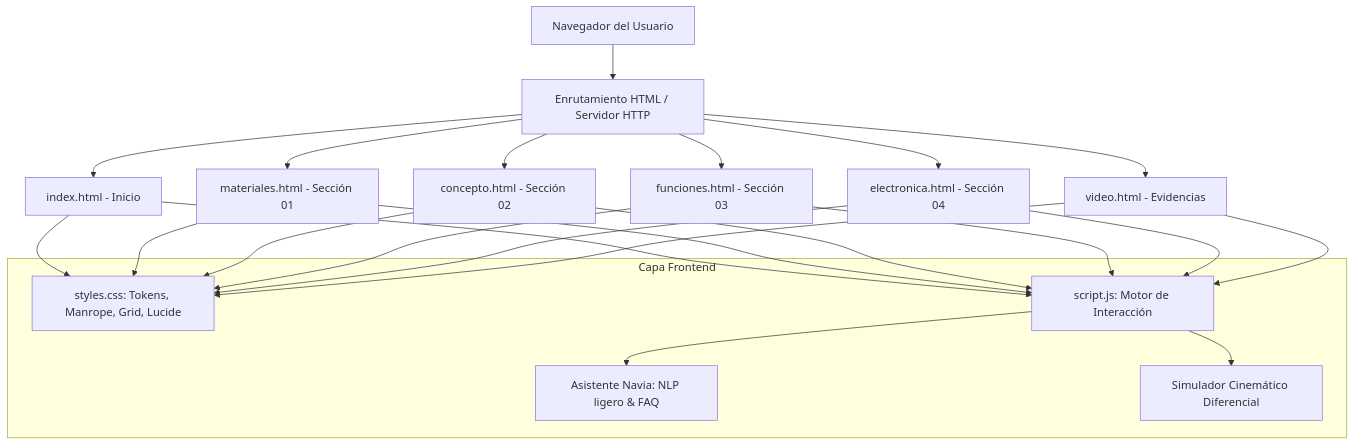
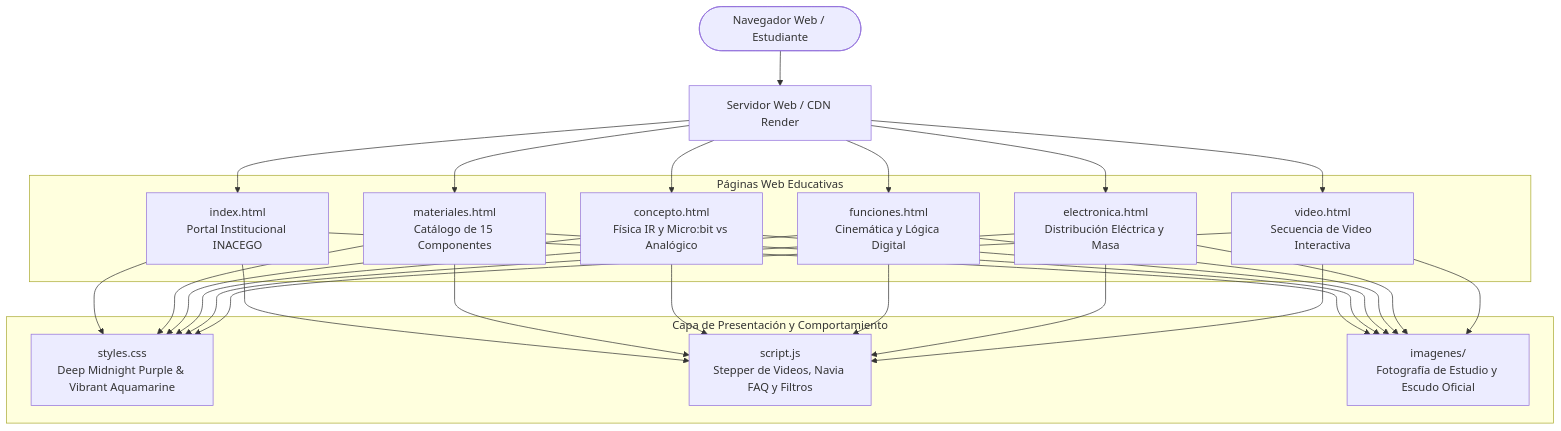
One commit to Stellel-One/Mi-Primer-Robot changed the second of 2 diagrams in README.md. Above: the diagram before and after it, drawn with Mermaid. The commit also changed other lines of this file and 7 other files, not shown here.

Commit message:
docs: update README with INACEGO identity and microbit architecture, clean obsolete files

````diff
--- a/README.md
+++ b/README.md
@@ -30,22 +196,24 @@
 ```mermaid
 graph TD
-    Client[Navegador del Usuario] --> Router[Enrutamiento HTML / Servidor HTTP]
-    Router --> P0[index.html - Inicio]
-    Router --> P1[materiales.html - Sección 01]
-    Router --> P2[concepto.html - Sección 02]
-    Router --> P3[funciones.html - Sección 03]
-    Router --> P4[electronica.html - Sección 04]
-    Router --> P5[video.html - Evidencias]
+    User([Navegador Web / Estudiante]) --> Host[Servidor Web / CDN Render]
     
-    subgraph Capa Frontend
-        Styles[styles.css: Tokens, Manrope, Grid, Lucide]
-        Script[script.js: Motor de Interacción]
-        NaviaBot[Asistente Navia: NLP ligero & FAQ]
-        Simulator[Simulador Cinemático Diferencial]
+    subgraph Paginas ["Páginas Web Educativas"]
+        P1["index.html<br/>Portal Institucional INACEGO"]
+        P2["materiales.html<br/>Catálogo de 15 Componentes"]
+        P3["concepto.html<br/>Física IR y Micro:bit vs Analógico"]
+        P4["funciones.html<br/>Cinemática y Lógica Digital"]
+        P5["electronica.html<br/>Distribución Eléctrica y Masa"]
+        P6["video.html<br/>Secuencia de Video Interactiva"]
     end
-    
-    P0 & P1 & P2 & P3 & P4 & P5 --> Styles
-    P0 & P1 & P2 & P3 & P4 & P5 --> Script
-    Script --> NaviaBot
-    Script --> Simulator
+
+    subgraph Recursos ["Capa de Presentación y Comportamiento"]
+        CSS["styles.css<br/>Deep Midnight Purple & Vibrant Aquamarine"]
+        JS["script.js<br/>Stepper de Videos, Navia FAQ y Filtros"]
+        IMG["imagenes/<br/>Fotografía de Estudio y Escudo Oficial"]
+    end
+
+    Host --> P1 & P2 & P3 & P4 & P5 & P6
+    P1 & P2 & P3 & P4 & P5 & P6 --> CSS
+    P1 & P2 & P3 & P4 & P5 & P6 --> JS
+    P1 & P2 & P3 & P4 & P5 & P6 --> IMG
 ```
````
